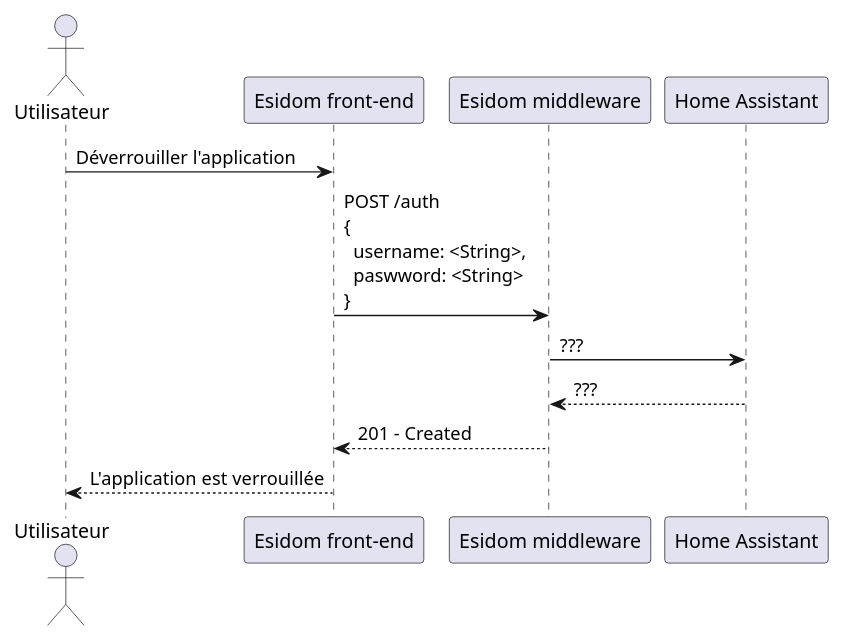
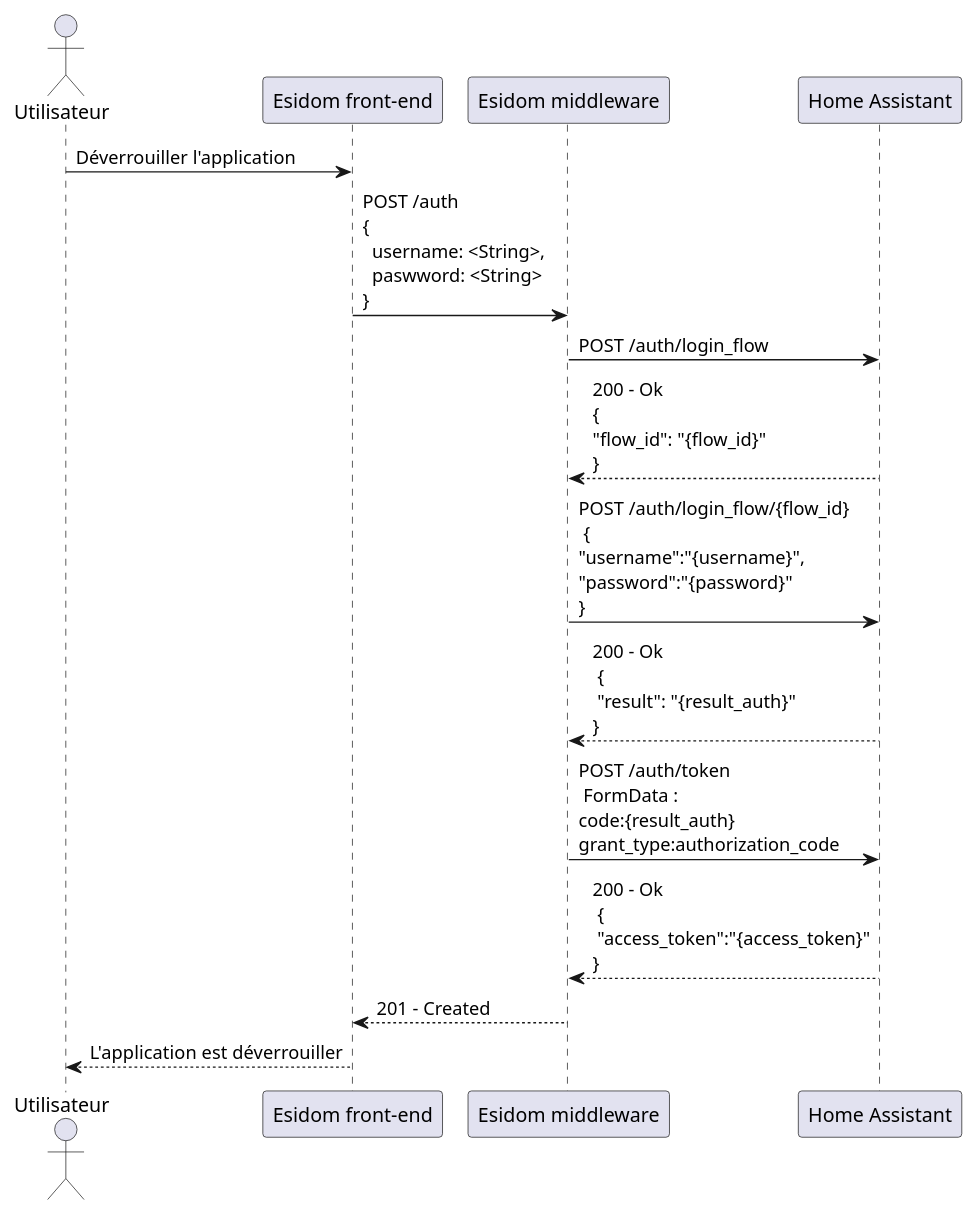
The diagram in cdct/diagramme_de_sequence/plantuml/deverrouiller.puml (SKAVALT-io/esidom_doc), drawn with PlantUML before and after one commit. The commit also changed 1 other file, not shown here.

Commit message:
docs(cdct): update sequence diagram

```diff
--- a/cdct/diagramme_de_sequence/plantuml/deverrouiller.puml
+++ b/cdct/diagramme_de_sequence/plantuml/deverrouiller.puml
@@ -1,19 +1,23 @@
 @startuml déverrouiller l'application
 
 actor "Utilisateur" as u
 participant "Esidom front-end" as fe
 participant "Esidom middleware" as m
 participant "Home Assistant" as ha
 
 u -> fe: Déverrouiller l'application
 fe -> m: POST /auth\n\
 {\n\
   username: <String>,\n\
   paswword: <String>\n\
 }
-m -> ha: ???
-ha --> m: ???
+m -> ha: POST /auth/login_flow
+ha --> m: 200 - Ok \n{\n"flow_id": "{flow_id}"\n}
+m -> ha: POST /auth/login_flow/{flow_id} \n {\n"username":"{username}",\n"password":"{password}"\n}
+ha --> m: 200 - Ok \n { \n "result": "{result_auth}"\n}
+m -> ha: POST /auth/token \n FormData :\ncode:{result_auth}\ngrant_type:authorization_code
+ha --> m: 200 - Ok \n {\n "access_token":"{access_token}"\n}
 m --> fe: 201 - Created
-fe --> u: L'application est verrouillée
+fe --> u: L'application est déverrouiller
 
 @enduml
```
